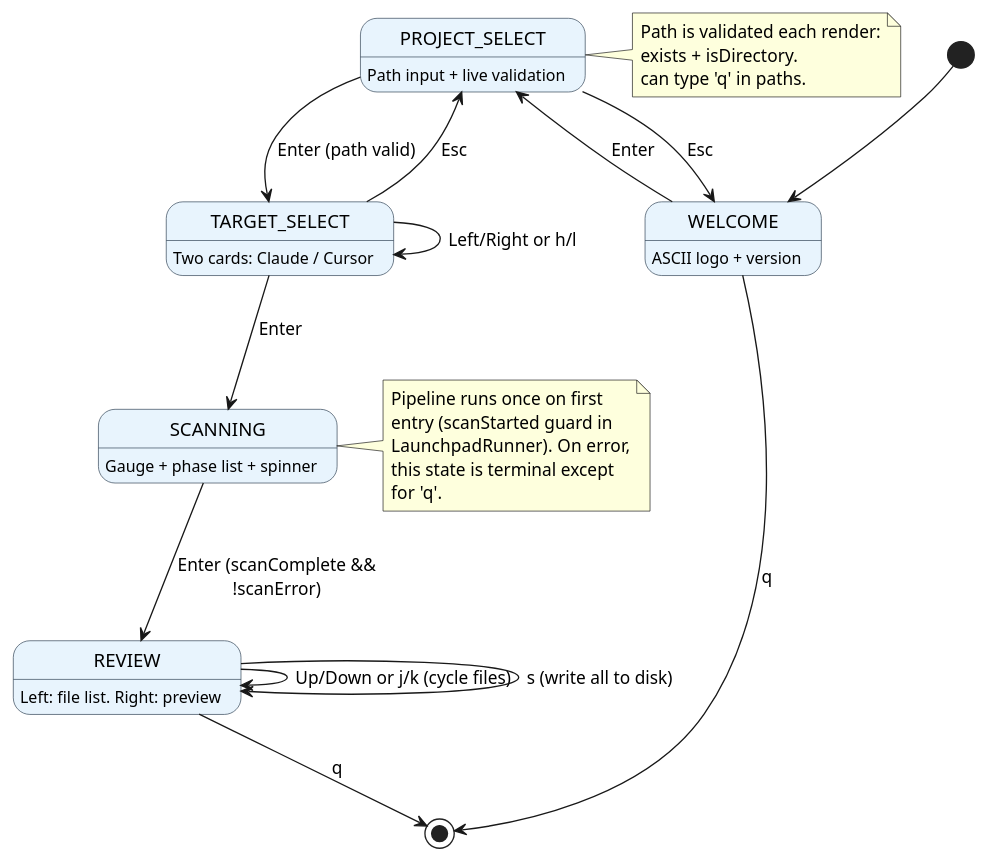
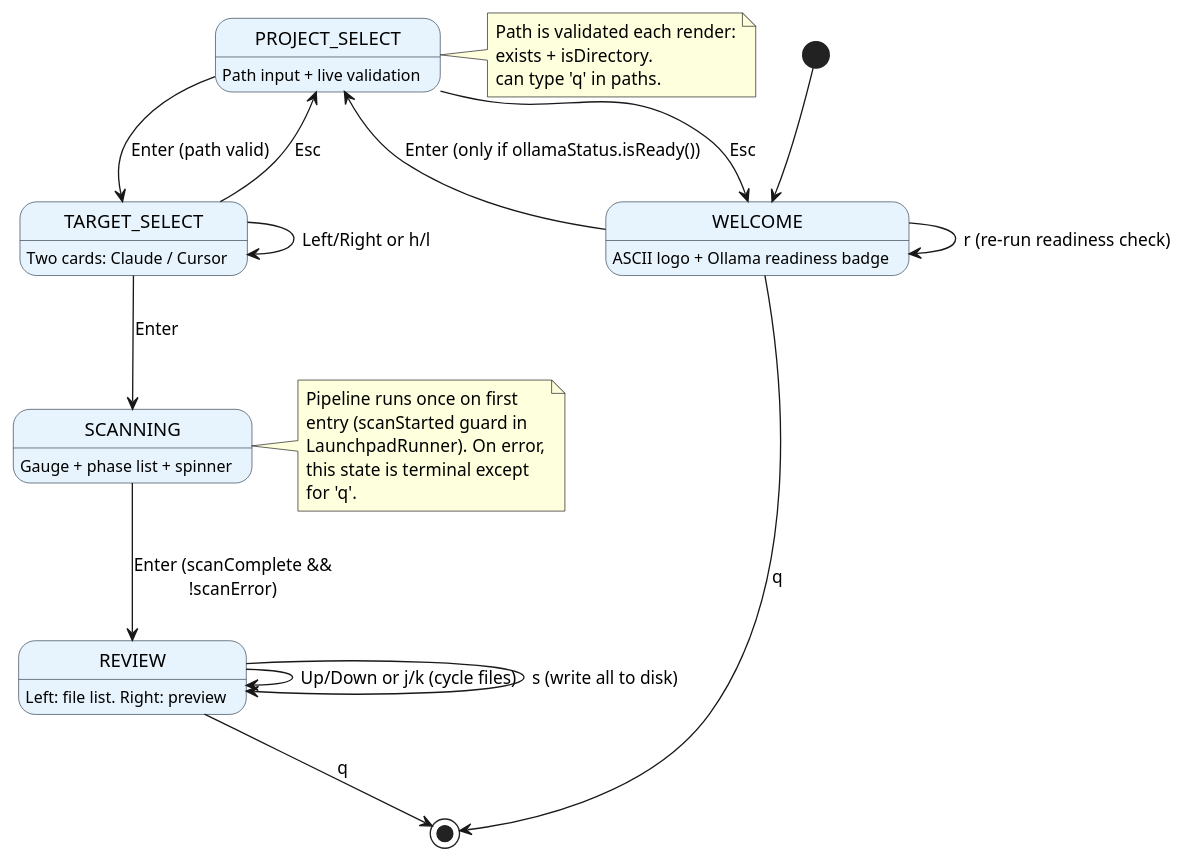
The third of 6 diagrams in docs/architecture.adoc (acltabontabon/launchpad), drawn with PlantUML before and after one commit. The commit also changed other lines of this file and 5 other files, not shown here.

Commit message:
Add Ollama health check integration with readiness badge and re-check support

```diff
--- a/docs/architecture.adoc
+++ b/docs/architecture.adoc
@@ -186,49 +186,50 @@
 [plantuml,state-machine,svg]
 ----
 @startuml
 skinparam backgroundColor #FFFFFF
 skinparam shadowing false
 skinparam defaultFontName Helvetica
 skinparam state {
   BackgroundColor #E8F4FD
   BorderColor #2C3E50
 }
 
 [*] --> WELCOME
 
-WELCOME : ASCII logo + version
-WELCOME --> PROJECT_SELECT : Enter
+WELCOME : ASCII logo + Ollama readiness badge
+WELCOME --> PROJECT_SELECT : Enter (only if ollamaStatus.isReady())
+WELCOME --> WELCOME : r (re-run readiness check)
 WELCOME --> [*] : q
 
 PROJECT_SELECT : Path input + live validation
 PROJECT_SELECT --> WELCOME : Esc
 PROJECT_SELECT --> TARGET_SELECT : Enter (path valid)
 note right of PROJECT_SELECT
   Path is validated each render:
   exists + isDirectory.
   'q' is ignored here so users
   can type 'q' in paths.
 end note
 
 TARGET_SELECT : Two cards: Claude / Cursor
 TARGET_SELECT --> PROJECT_SELECT : Esc
 TARGET_SELECT --> SCANNING : Enter
 TARGET_SELECT --> TARGET_SELECT : Left/Right or h/l
 
 SCANNING : Gauge + phase list + spinner
 SCANNING --> REVIEW : Enter (scanComplete &&\n!scanError)
 note right of SCANNING
   Pipeline runs once on first
   entry (scanStarted guard in
   LaunchpadRunner). On error,
   this state is terminal except
   for 'q'.
 end note
 
 REVIEW : Left: file list. Right: preview
 REVIEW --> REVIEW : Up/Down or j/k (cycle files)
 REVIEW --> REVIEW : s (write all to disk)
 REVIEW --> [*] : q
 
 @enduml
 ----
```
